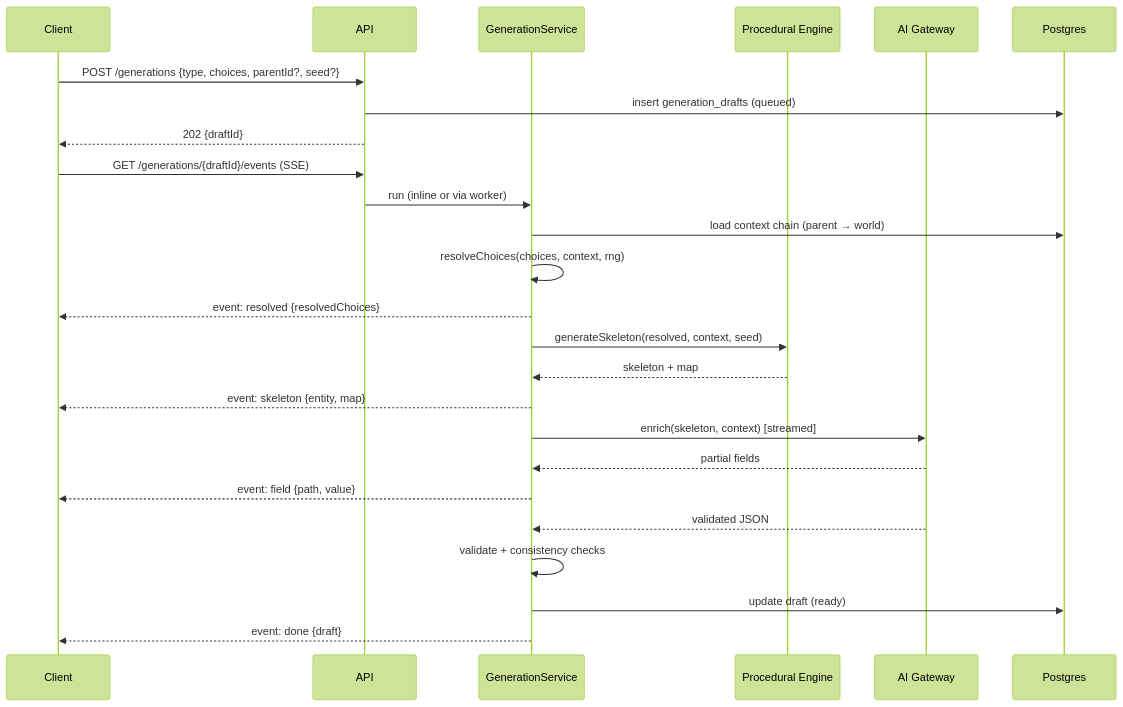
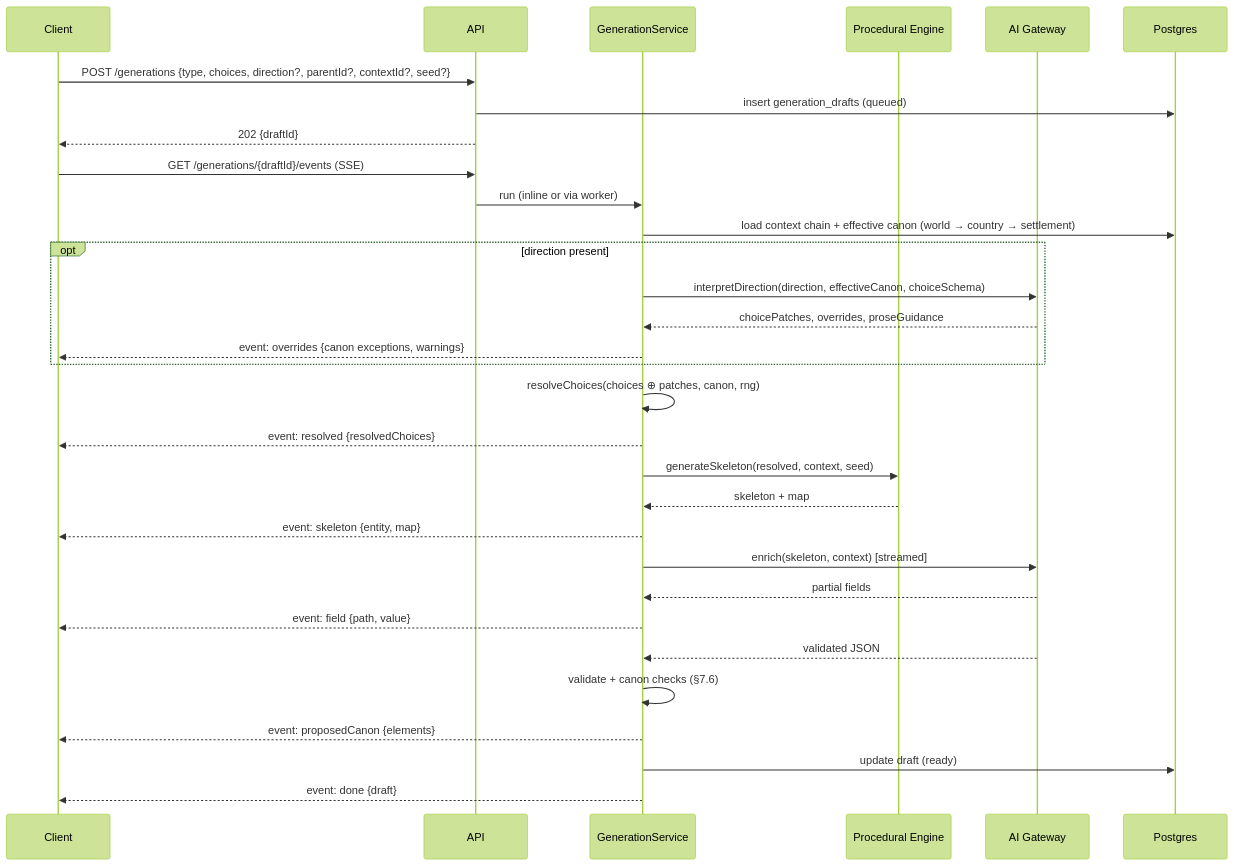
One commit to Arkevius/Dungeon-Master changed the third of 3 diagrams in docs/TDD.md. Above: the diagram before and after it, drawn with Mermaid (forest theme). The commit also changed other lines of this file and 1 other file, not shown here.

First line of the commit message:
Add world canon, direction prompt, and DM-only scope to PRD and TDD

````diff
--- a/docs/TDD.md
+++ b/docs/TDD.md
@@ -385,28 +500,34 @@
 ```mermaid
 sequenceDiagram
   participant U as Client
   participant API
   participant G as GenerationService
   participant P as Procedural Engine
   participant A as AI Gateway
   participant DB as Postgres
 
-  U->>API: POST /generations {type, choices, parentId?, seed?}
+  U->>API: POST /generations {type, choices, direction?, parentId?, contextId?, seed?}
   API->>DB: insert generation_drafts (queued)
   API-->>U: 202 {draftId}
   U->>API: GET /generations/{draftId}/events (SSE)
   API->>G: run (inline or via worker)
-  G->>DB: load context chain (parent → world)
-  G->>G: resolveChoices(choices, context, rng)
+  G->>DB: load context chain + effective canon (world → country → settlement)
+  opt direction present
+    G->>A: interpretDirection(direction, effectiveCanon, choiceSchema)
+    A-->>G: choicePatches, overrides, proseGuidance
+    G-->>U: event: overrides {canon exceptions, warnings}
+  end
+  G->>G: resolveChoices(choices ⊕ patches, canon, rng)
   G-->>U: event: resolved {resolvedChoices}
   G->>P: generateSkeleton(resolved, context, seed)
   P-->>G: skeleton + map
   G-->>U: event: skeleton {entity, map}
   G->>A: enrich(skeleton, context) [streamed]
   A-->>G: partial fields
   G-->>U: event: field {path, value}
   A-->>G: validated JSON
-  G->>G: validate + consistency checks
+  G->>G: validate + canon checks (§7.6)
+  G-->>U: event: proposedCanon {elements}
   G->>DB: update draft (ready)
   G-->>U: event: done {draft}
 ```
````
